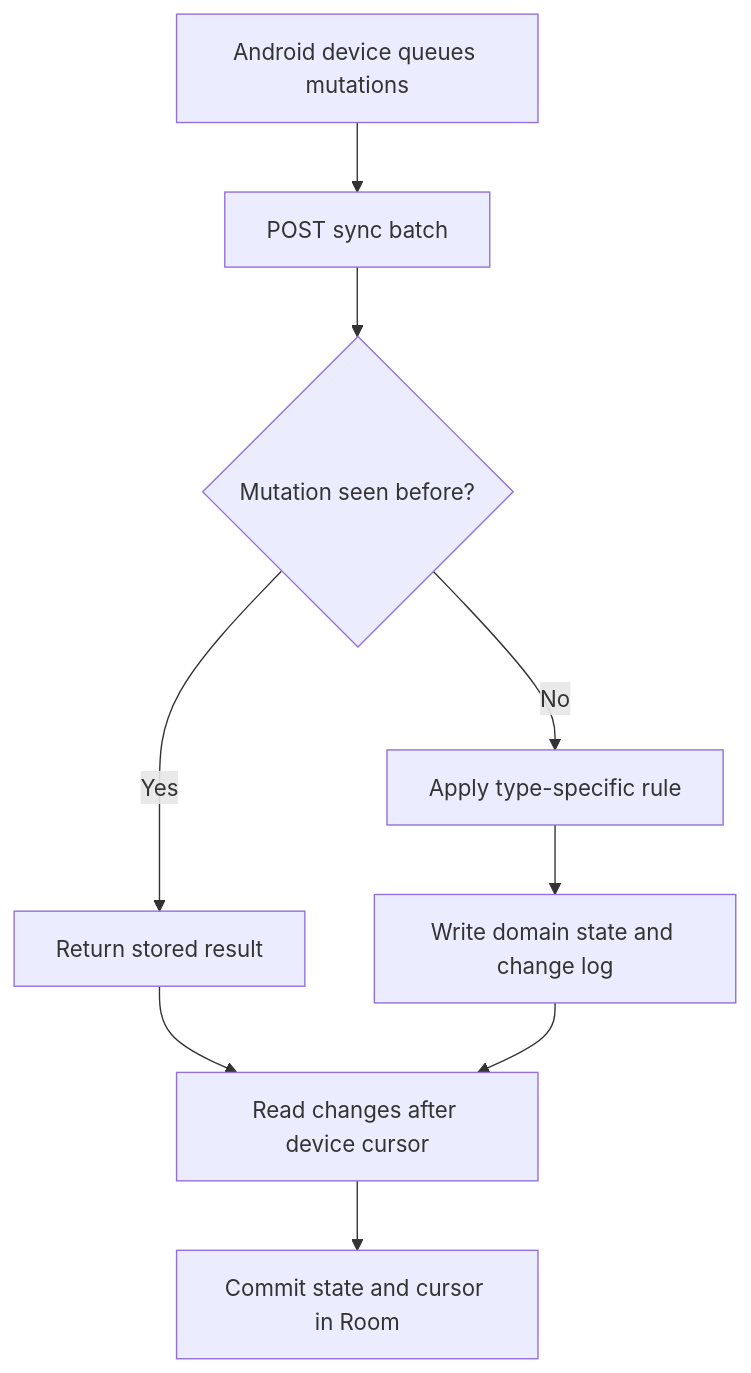
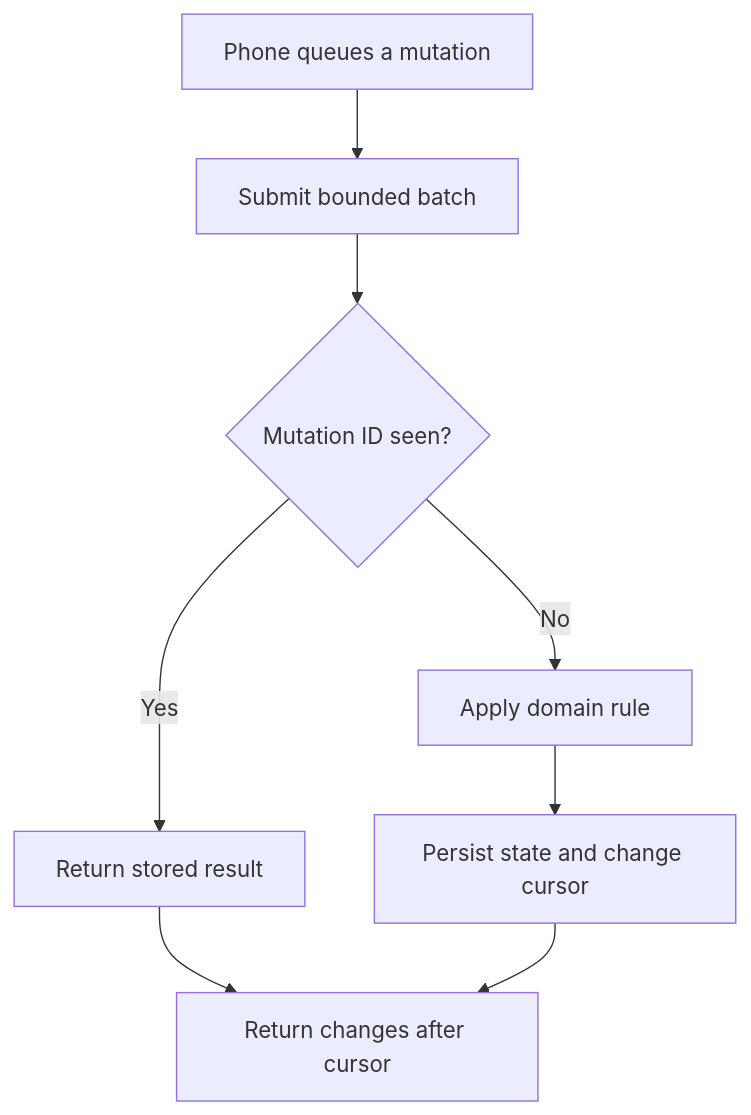
One commit to oranegonzales/merqadyn-api changed the diagram in README.md. Above: the diagram before and after it, drawn with Mermaid. The commit also changed other lines of this file and 31 other files, not shown here.

````diff
--- a/README.md
+++ b/README.md
@@ -24,11 +20,10 @@
 ```mermaid
 flowchart TD
-    A["Android device queues mutations"] --> B["POST sync batch"]
-    B --> C{"Mutation seen before?"}
+    A["Phone queues a mutation"] --> B["Submit bounded batch"]
+    B --> C{"Mutation ID seen?"}
     C -- Yes --> D["Return stored result"]
-    C -- No --> E["Apply type-specific rule"]
-    E --> F["Write domain state and change log"]
-    D --> G["Read changes after device cursor"]
+    C -- No --> E["Apply domain rule"]
+    E --> F["Persist state and change cursor"]
+    D --> G["Return changes after cursor"]
     F --> G
-    G --> H["Commit state and cursor in Room"]
 ```
````
